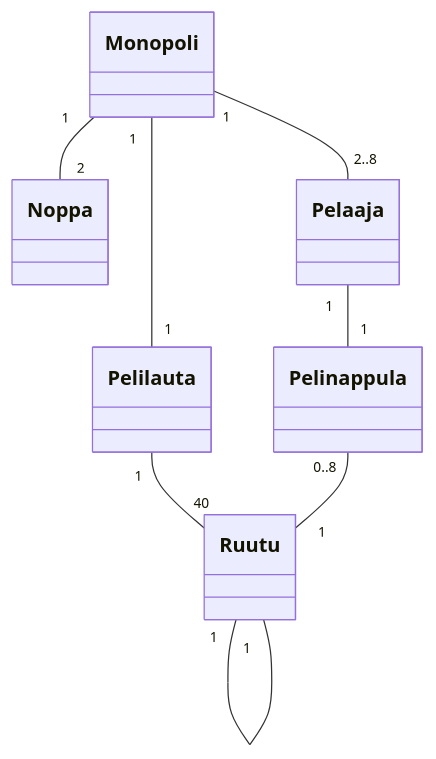
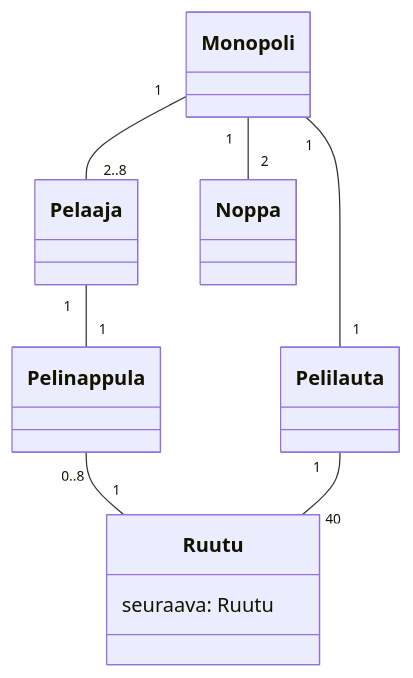
The diagram in laskarit/viikko3/tehtävä 1.md (pants64DS/ot-harjoitustyo), drawn with Mermaid before and after one commit.

Commit message:
Update tehtävä 1.md

````diff
--- a/laskarit/viikko3/tehtävä 1.md
+++ b/laskarit/viikko3/tehtävä 1.md
@@ -2,10 +2,13 @@
 ```mermaid
 classDiagram
-    Monopoli "1" -- "2" Noppa
     Monopoli "1" -- "2..8" Pelaaja
     Monopoli "1" -- "1" Pelilauta
+    Pelinappula "0..8" -- "1" Ruutu
     Pelilauta "1" -- "40" Ruutu
-    Ruutu "1" -- "1" Ruutu
     Pelaaja "1" -- "1" Pelinappula
-    Pelinappula "0..8" -- "1" Ruutu
+    Monopoli "1" -- "2" Noppa
+
+    class Ruutu {
+        seuraava: Ruutu
+    }
 ```
````
